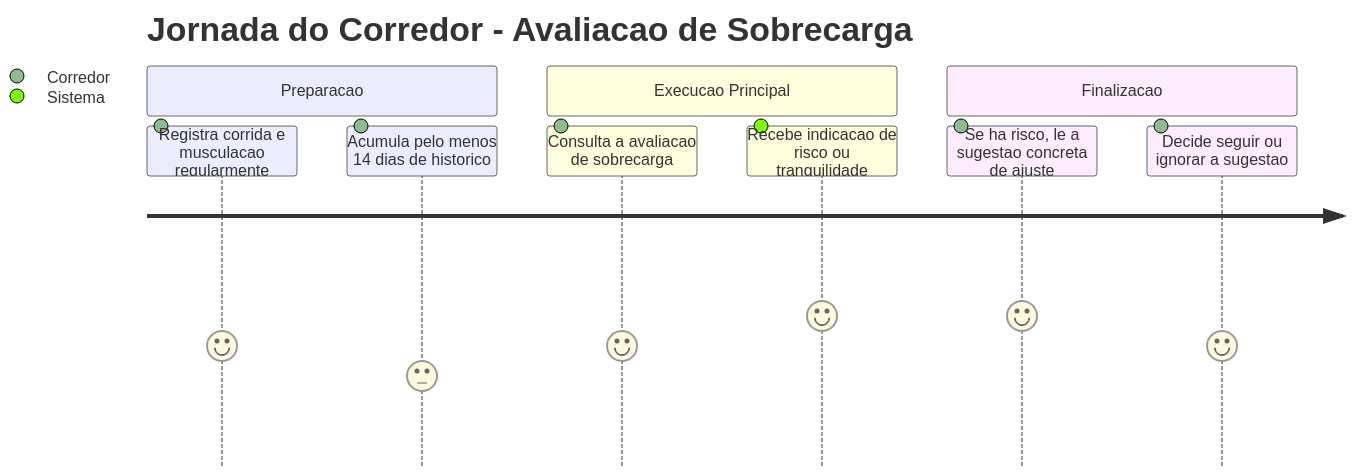
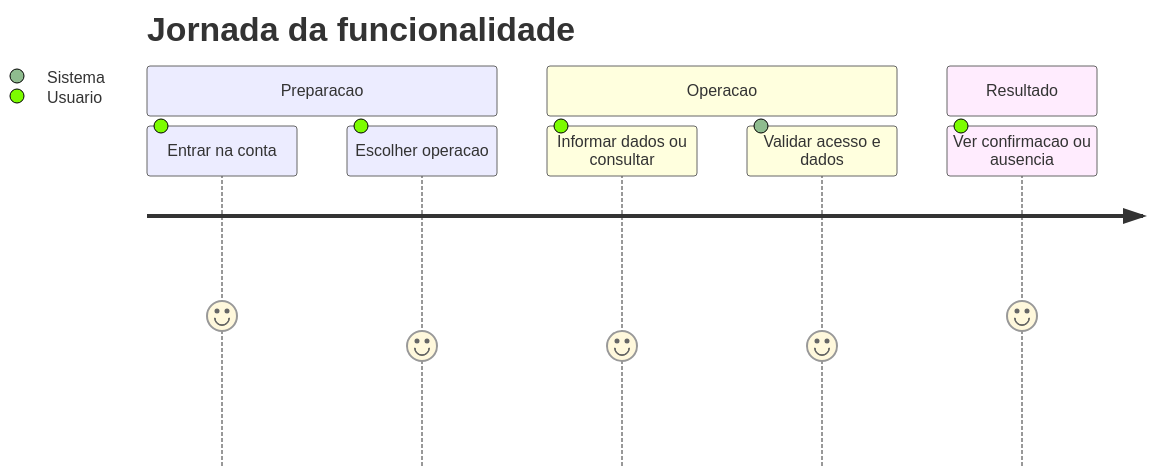
Before and after one commit to JoaoFPedro/steady-ia: the first of 3 diagrams in DocumentAIReadme/Steady.Api/BusinessRulesDocs/Avaliacao-de-Sobrecarga-Sobrecarga-Rules.md, drawn with Mermaid. The commit also changed other lines of this file and 318 other files, not shown here.

````diff
--- a/DocumentAIReadme/Steady.Api/BusinessRulesDocs/Avaliacao-de-Sobrecarga-Sobrecarga-Rules.md
+++ b/DocumentAIReadme/Steady.Api/BusinessRulesDocs/Avaliacao-de-Sobrecarga-Sobrecarga-Rules.md
@@ -26,13 +32,12 @@
 ```mermaid
 journey
-    title Jornada do Corredor - Avaliacao de Sobrecarga
+    title Jornada da funcionalidade
     section Preparacao
-      Registra corrida e musculacao regularmente: 4: Corredor
-      Acumula pelo menos 14 dias de historico: 3: Corredor
-    section Execucao Principal
-      Consulta a avaliacao de sobrecarga: 4: Corredor
-      Recebe indicacao de risco ou tranquilidade: 5: Sistema
-    section Finalizacao
-      Se ha risco, le a sugestao concreta de ajuste: 5: Corredor
-      Decide seguir ou ignorar a sugestao: 4: Corredor
+      Entrar na conta: 5: Usuario
+      Escolher operacao: 4: Usuario
+    section Operacao
+      Informar dados ou consultar: 4: Usuario
+      Validar acesso e dados: 4: Sistema
+    section Resultado
+      Ver confirmacao ou ausencia: 5: Usuario
 ```
````
